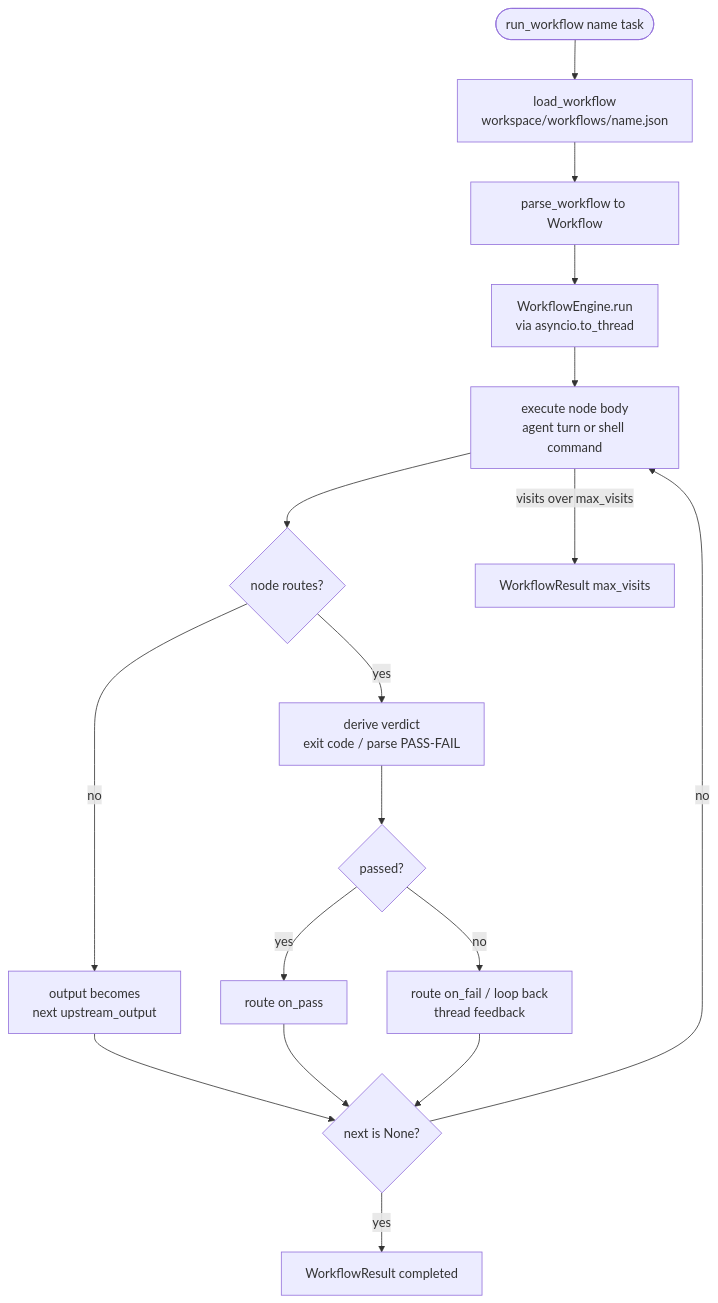
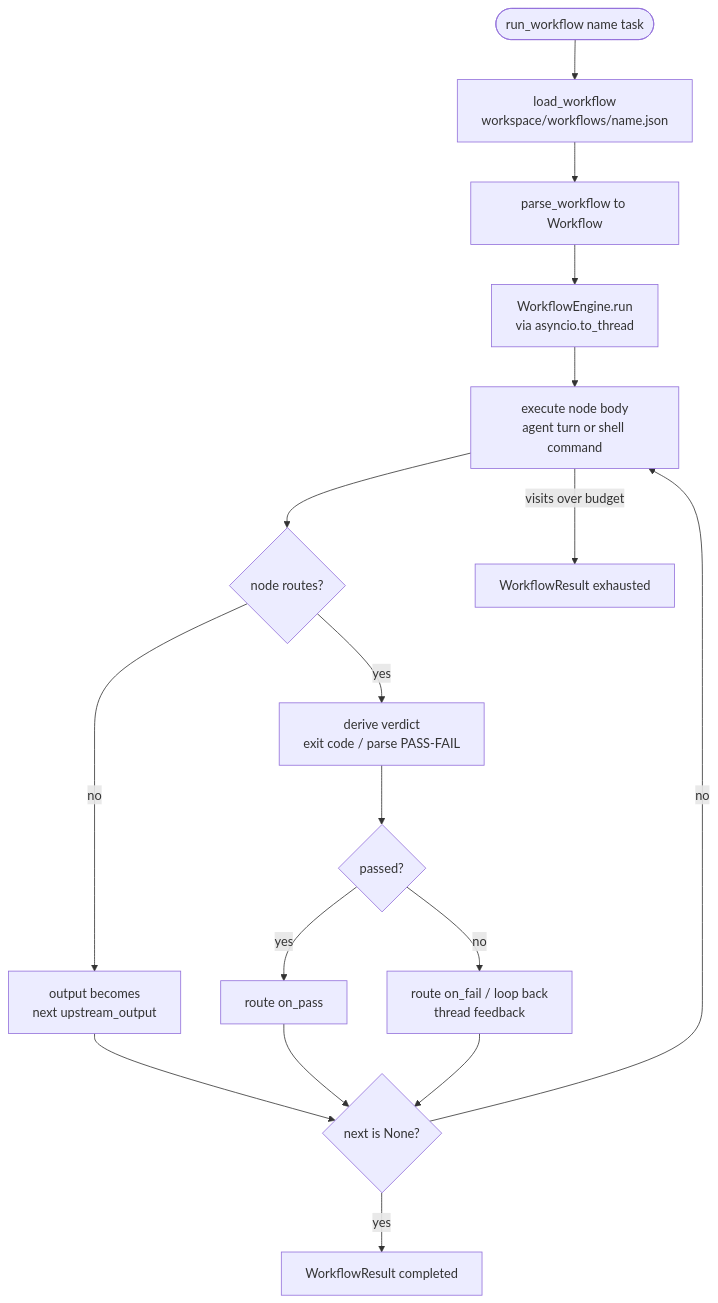
One commit to mmarmol/durin changed the diagram in docs/internals/workflow.md. Above: the diagram before and after it, drawn with Mermaid. The commit also changed other lines of this file and 20 other files, not shown here.

````diff
--- a/docs/internals/workflow.md
+++ b/docs/internals/workflow.md
@@ -123,19 +130,19 @@
 ```mermaid
 flowchart TD
     A([run_workflow name task]) --> B[load_workflow\nworkspace/workflows/name.json]
     B --> C[parse_workflow to Workflow]
     C --> D[WorkflowEngine.run\nvia asyncio.to_thread]
     D --> E[execute node body\nagent turn or shell command]
     E --> F{node routes?}
     F -->|no| G[output becomes\nnext upstream_output]
     G --> H{next is None?}
     H -->|no| E
     H -->|yes| Z[WorkflowResult completed]
     F -->|yes| I[derive verdict\nexit code / parse PASS-FAIL]
     I --> J{passed?}
     J -->|yes| K[route on_pass]
     J -->|no| L[route on_fail / loop back\nthread feedback]
     K --> H
     L --> H
-    E -->|visits over max_visits| Y[WorkflowResult max_visits]
+    E -->|visits over budget| Y[WorkflowResult exhausted]
 ```
````
